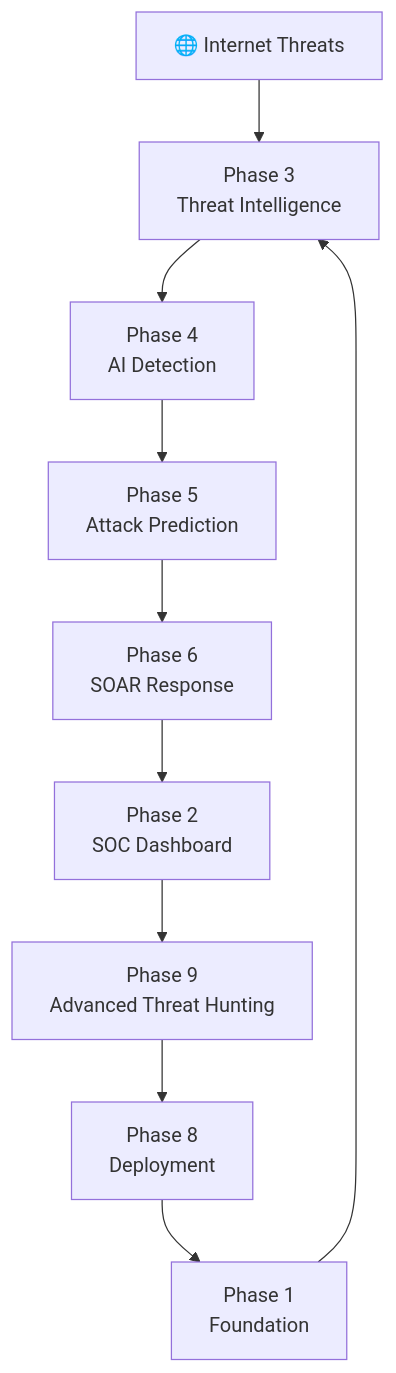
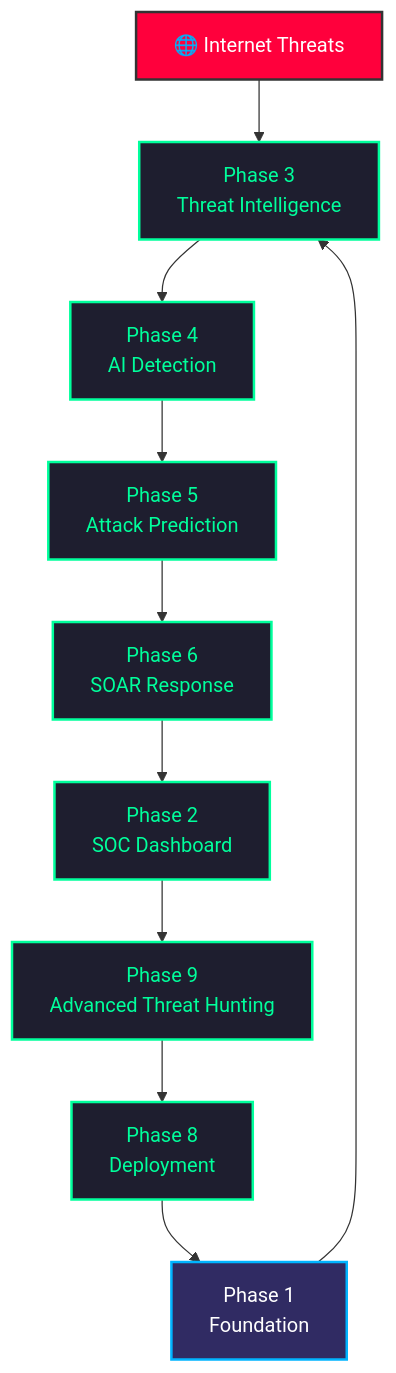
One commit to devotedhruv/ai-cyber-intel changed the second of 9 diagrams in README.md. Above: the diagram before and after it, drawn with Mermaid. The commit also changed other lines of this file, not shown here.

````diff
--- a/README.md
+++ b/README.md
@@ -95,24 +101,16 @@
 ```mermaid
 flowchart TD
+    A[🌐 Internet Threats]:::danger --> B[Phase 3<br/>Threat Intelligence]:::phase
+    B --> C[Phase 4<br/>AI Detection]:::phase
+    C --> D[Phase 5<br/>Attack Prediction]:::phase
+    D --> E[Phase 6<br/>SOAR Response]:::phase
+    E --> F[Phase 2<br/>SOC Dashboard]:::phase
+    F --> G[Phase 9<br/>Advanced Threat Hunting]:::phase
+    G --> H[Phase 8<br/>Deployment]:::phase
+    H --> I[Phase 1<br/>Foundation]:::core
+    I --> B
 
-A[🌐 Internet Threats]
-
-A --> B[Phase 3<br/>Threat Intelligence]
-
-B --> C[Phase 4<br/>AI Detection]
-
-C --> D[Phase 5<br/>Attack Prediction]
-
-D --> E[Phase 6<br/>SOAR Response]
-
-E --> F[Phase 2<br/>SOC Dashboard]
-
-F --> G[Phase 9<br/>Advanced Threat Hunting]
-
-G --> H[Phase 8<br/>Deployment]
-
-H --> I[Phase 1<br/>Foundation]
-
-I --> B
-
+    classDef danger fill:#ff003c,stroke:#333,color:#fff,stroke-width:2px
+    classDef phase fill:#1e1e2f,stroke:#00ff9c,color:#00ff9c,stroke-width:2px
+    classDef core fill:#302b63,stroke:#00b4ff,color:#fff,stroke-width:2px
 ```
````
